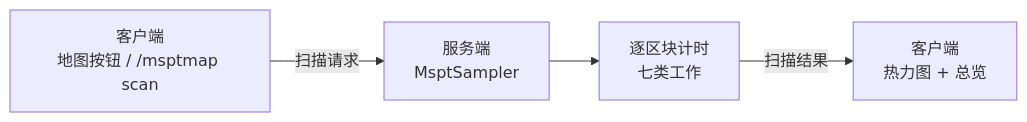
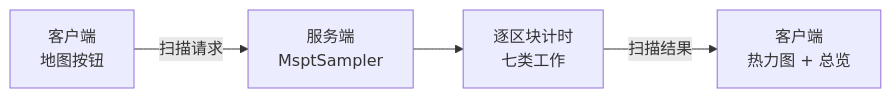
The diagram in README.zh-CN.md (Drizzle379/MsptMap), drawn with Mermaid before and after one commit. The commit also changed other lines of this file and 11 other files, not shown here.

````diff
--- a/README.zh-CN.md
+++ b/README.zh-CN.md
@@ -162,6 +156,6 @@
 ```mermaid
 flowchart LR
-    A["客户端<br/>地图按钮 / /msptmap scan"] -->|扫描请求| B["服务端<br/>MsptSampler"]
+    A["客户端<br/>地图按钮"] -->|扫描请求| B["服务端<br/>MsptSampler"]
     B --> C["逐区块计时<br/>七类工作"]
     C -->|扫描结果| D["客户端<br/>热力图 + 总览"]
 ```
````
